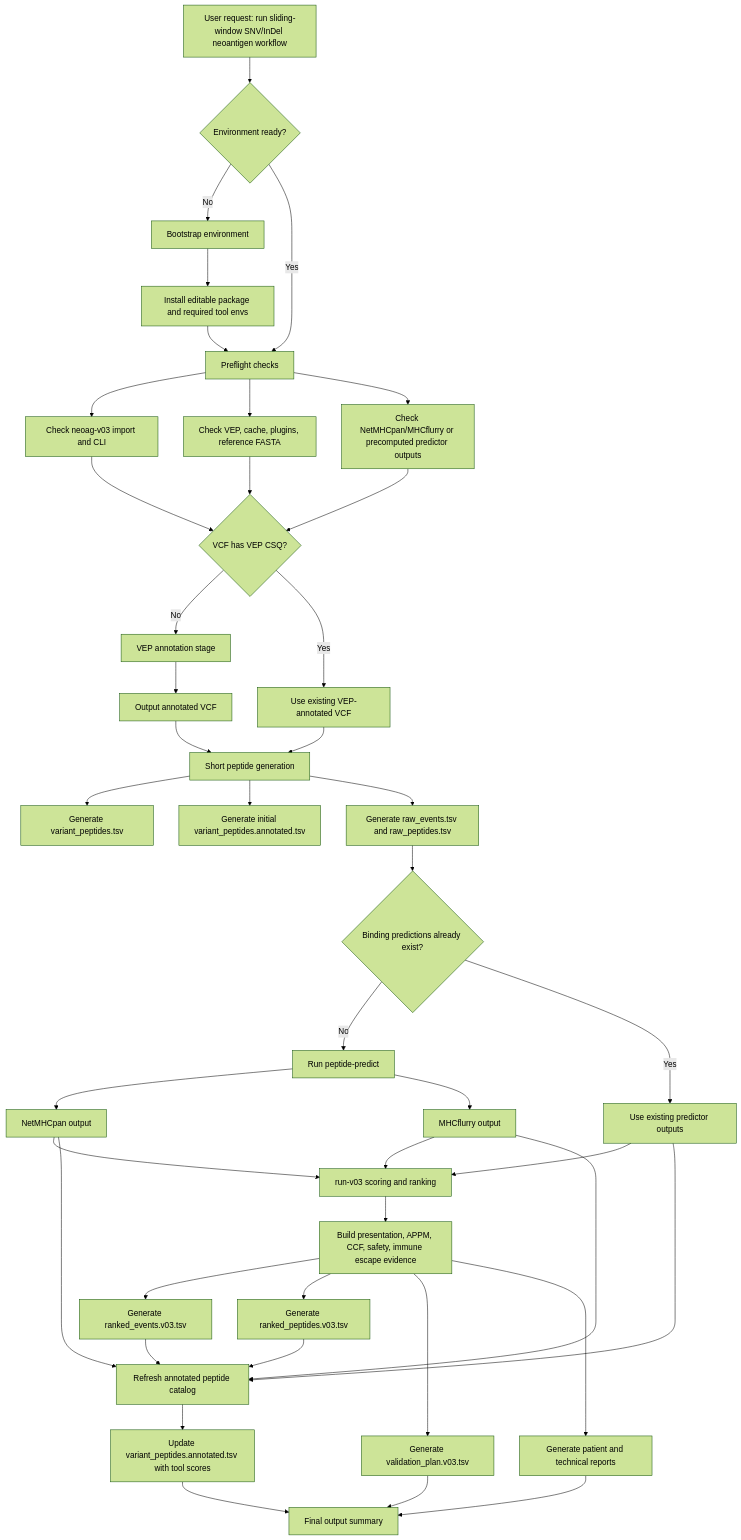
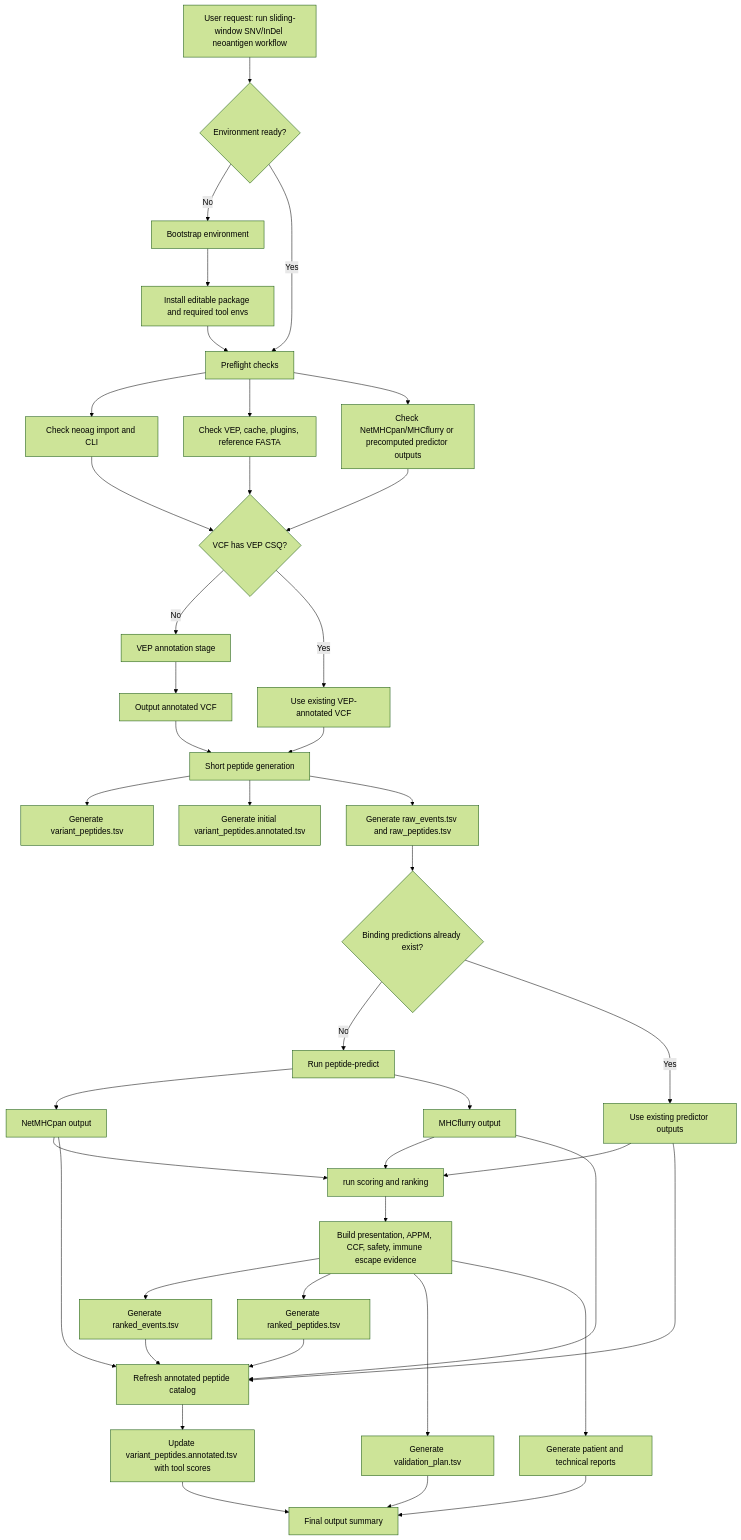
The diagram in .agents/skills/neoag-sliding-run/workflow-breakdown.md (lphilomena/neo), drawn with Mermaid (forest theme) before and after one commit. The commit also changed other lines of this file and 429 other files, not shown here.

````diff
--- a/.agents/skills/neoag-sliding-run/workflow-breakdown.md
+++ b/.agents/skills/neoag-sliding-run/workflow-breakdown.md
@@ -15,51 +15,51 @@
 ```mermaid
 flowchart TD
     A[User request: run sliding-window SNV/InDel neoantigen workflow] --> B{Environment ready?}
     B -- No --> B1[Bootstrap environment]
     B1 --> B2[Install editable package and required tool envs]
     B2 --> C[Preflight checks]
     B -- Yes --> C
 
-    C --> C1[Check neoag-v03 import and CLI]
+    C --> C1[Check neoag import and CLI]
     C --> C2[Check VEP, cache, plugins, reference FASTA]
     C --> C3[Check NetMHCpan/MHCflurry or precomputed predictor outputs]
     C1 --> D{VCF has VEP CSQ?}
     C2 --> D
     C3 --> D
 
     D -- No --> E[VEP annotation stage]
     E --> E1[Output annotated VCF]
     D -- Yes --> F[Use existing VEP-annotated VCF]
     E1 --> G[Short peptide generation]
     F --> G
 
     G --> G1[Generate variant_peptides.tsv]
     G --> G2[Generate initial variant_peptides.annotated.tsv]
     G --> G3[Generate raw_events.tsv and raw_peptides.tsv]
 
     G3 --> H{Binding predictions already exist?}
     H -- No --> I[Run peptide-predict]
     I --> I1[NetMHCpan output]
     I --> I2[MHCflurry output]
     H -- Yes --> J[Use existing predictor outputs]
-    I1 --> K[run-v03 scoring and ranking]
+    I1 --> K[run scoring and ranking]
     I2 --> K
     J --> K
 
     K --> K1[Build presentation, APPM, CCF, safety, immune escape evidence]
-    K1 --> K2[Generate ranked_events.v03.tsv]
-    K1 --> K3[Generate ranked_peptides.v03.tsv]
-    K1 --> K4[Generate validation_plan.v03.tsv]
+    K1 --> K2[Generate ranked_events.tsv]
+    K1 --> K3[Generate ranked_peptides.tsv]
+    K1 --> K4[Generate validation_plan.tsv]
     K1 --> K5[Generate patient and technical reports]
 
     K2 --> L[Refresh annotated peptide catalog]
     K3 --> L
     I1 --> L
     I2 --> L
     J --> L
     L --> L1[Update variant_peptides.annotated.tsv with tool scores]
 
     L1 --> M[Final output summary]
     K4 --> M
     K5 --> M
 ```
````
